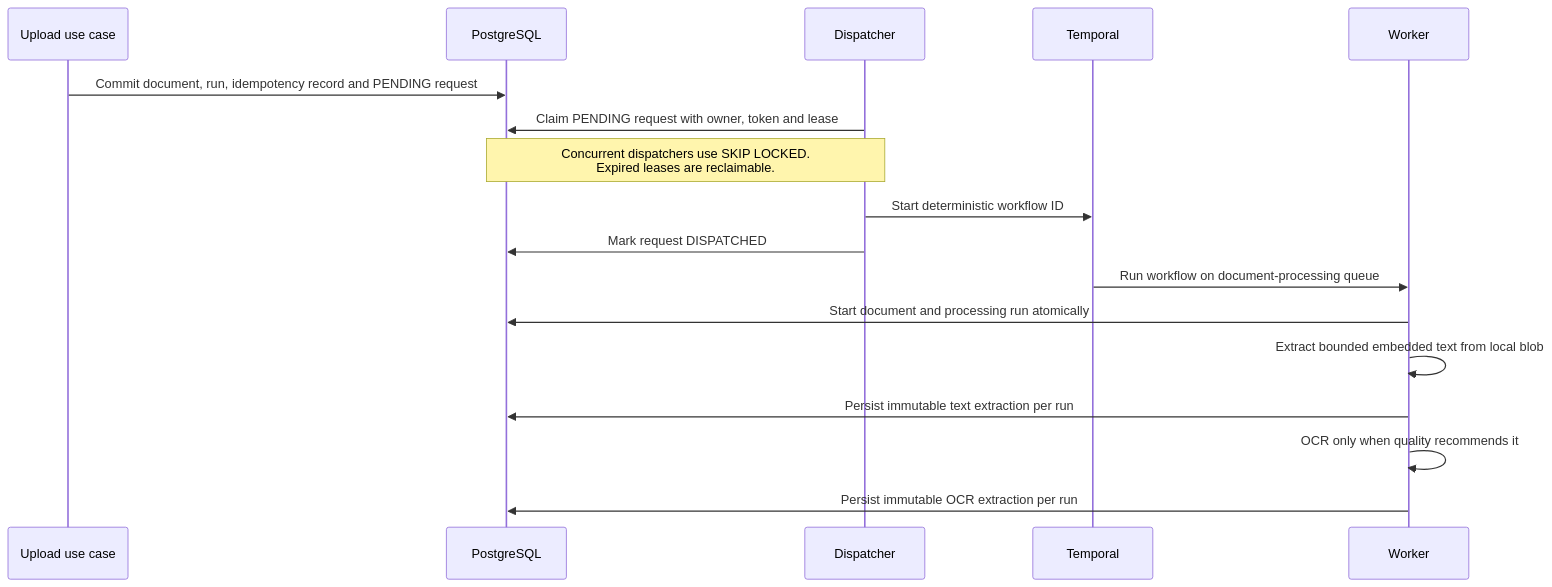
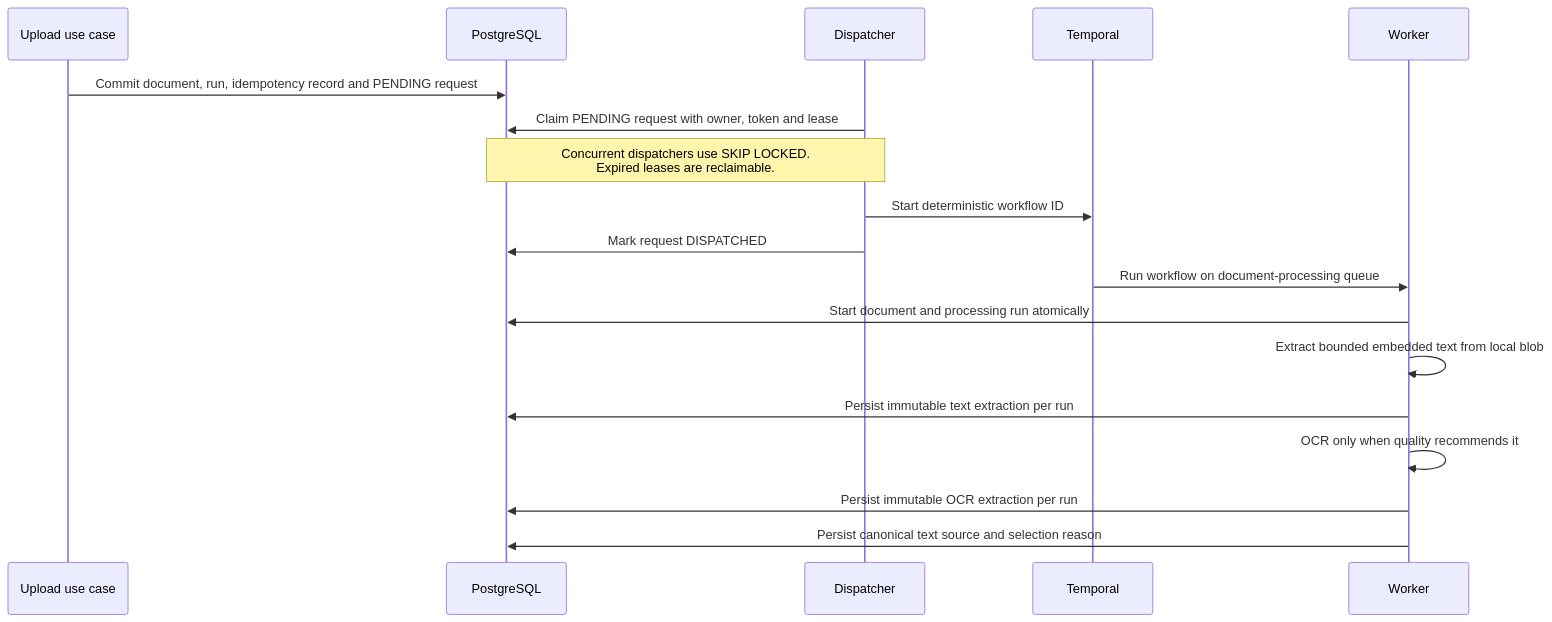
Before and after one commit to PietroRussoD/ai-document-processing-platform: the third of 11 diagrams in docs/architecture.md, drawn with Mermaid. The commit also changed other lines of this file and 24 other files, not shown here.

Commit message:
✨ Add canonical processing text selection

````diff
--- a/docs/architecture.md
+++ b/docs/architecture.md
@@ -77,20 +77,21 @@
 ```mermaid
 sequenceDiagram
     participant API as Upload use case
     participant DB as PostgreSQL
     participant Dispatcher
     participant Temporal
     participant Worker
 
     API->>DB: Commit document, run, idempotency record and PENDING request
     Dispatcher->>DB: Claim PENDING request with owner, token and lease
     Note over Dispatcher,DB: Concurrent dispatchers use SKIP LOCKED.<br/>Expired leases are reclaimable.
     Dispatcher->>Temporal: Start deterministic workflow ID
     Dispatcher->>DB: Mark request DISPATCHED
     Temporal->>Worker: Run workflow on document-processing queue
     Worker->>DB: Start document and processing run atomically
     Worker->>Worker: Extract bounded embedded text from local blob
     Worker->>DB: Persist immutable text extraction per run
     Worker->>Worker: OCR only when quality recommends it
     Worker->>DB: Persist immutable OCR extraction per run
+    Worker->>DB: Persist canonical text source and selection reason
 ```
````
